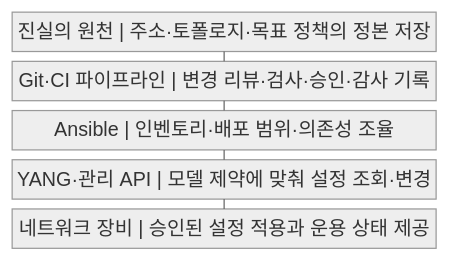
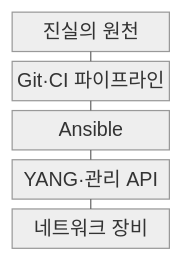
Before and after one commit to agnusdei1207/knowledge-base: the first of 2 diagrams in src/content/docs/notes/04-network/061_network_automation.md, drawn with Mermaid (neutral theme). The commit also changed other lines of this file and 122 other files, not shown here.

````diff
--- a/src/content/docs/notes/04-network/061_network_automation.md
+++ b/src/content/docs/notes/04-network/061_network_automation.md
@@ -61,13 +61,13 @@
 ```mermaid
-block
+block-beta
     columns 1
-    A["진실의 원천 | 주소·토폴로지·목표 정책의 정본 저장"]
-    B["Git·CI 파이프라인 | 변경 리뷰·검사·승인·감사 기록"]
-    C["Ansible | 인벤토리·배포 범위·의존성 조율"]
-    D["YANG·관리 API | 모델 제약에 맞춰 설정 조회·변경"]
-    E["네트워크 장비 | 승인된 설정 적용과 운용 상태 제공"]
+    A["진실의 원천"]
+    B["Git·CI 파이프라인"]
+    C["Ansible"]
+    D["YANG·관리 API"]
+    E["네트워크 장비"]
     A --- B
     B --- C
     C --- D
     D --- E
 ```
````
